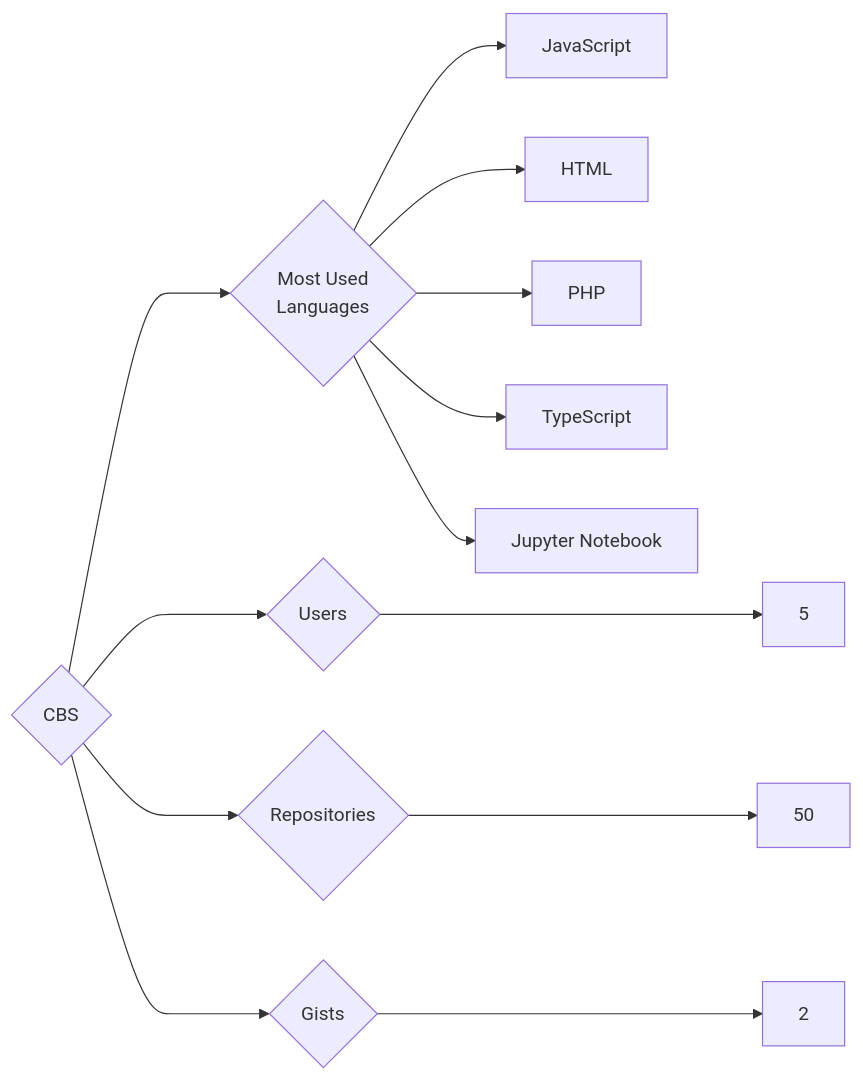
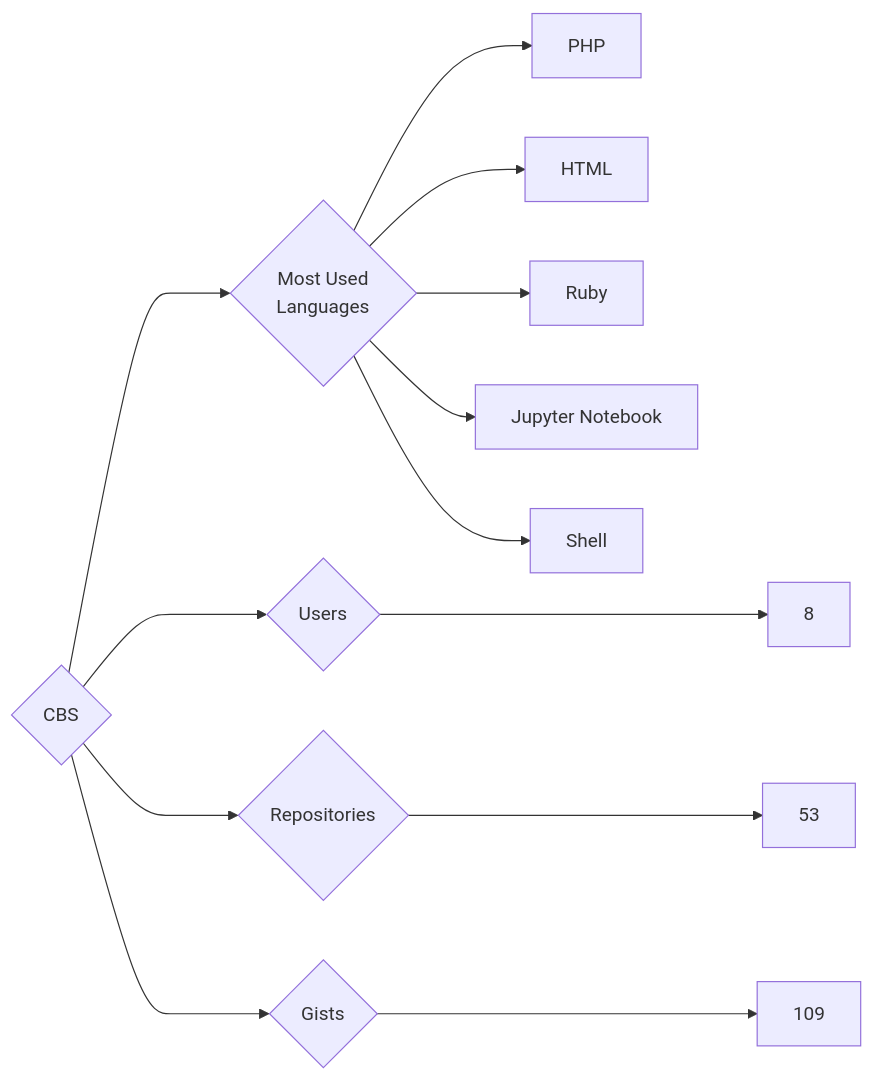
Before and after one commit to trickest/insiders: the diagram in targets/CBS/README.md, drawn with Mermaid. The commit also changed 721 other files, not shown here.

````diff
--- a/targets/CBS/README.md
+++ b/targets/CBS/README.md
@@ -3,13 +3,13 @@
 ```mermaid
 graph LR
 COMPANY_NAME{CBS}
-COMPANY_NAME ---> U{Users} ---> UN[5]
-COMPANY_NAME ---> R{Repositories} ---> RN[50]
-COMPANY_NAME ---> G{Gists} ---> GN[2]
+COMPANY_NAME ---> U{Users} ---> UN[8]
+COMPANY_NAME ---> R{Repositories} ---> RN[53]
+COMPANY_NAME ---> G{Gists} ---> GN[109]
 COMPANY_NAME ---> ML{Most Used<br>Languages}
-ML --> JavaScript[JavaScript]
+ML --> PHP[PHP]
 ML --> HTML[HTML]
-ML --> PHP[PHP]
-ML --> TypeScript[TypeScript]
+ML --> Ruby[Ruby]
 ML --> Jupyter_Notebook[Jupyter Notebook]
+ML --> Shell[Shell]
 ```
````
